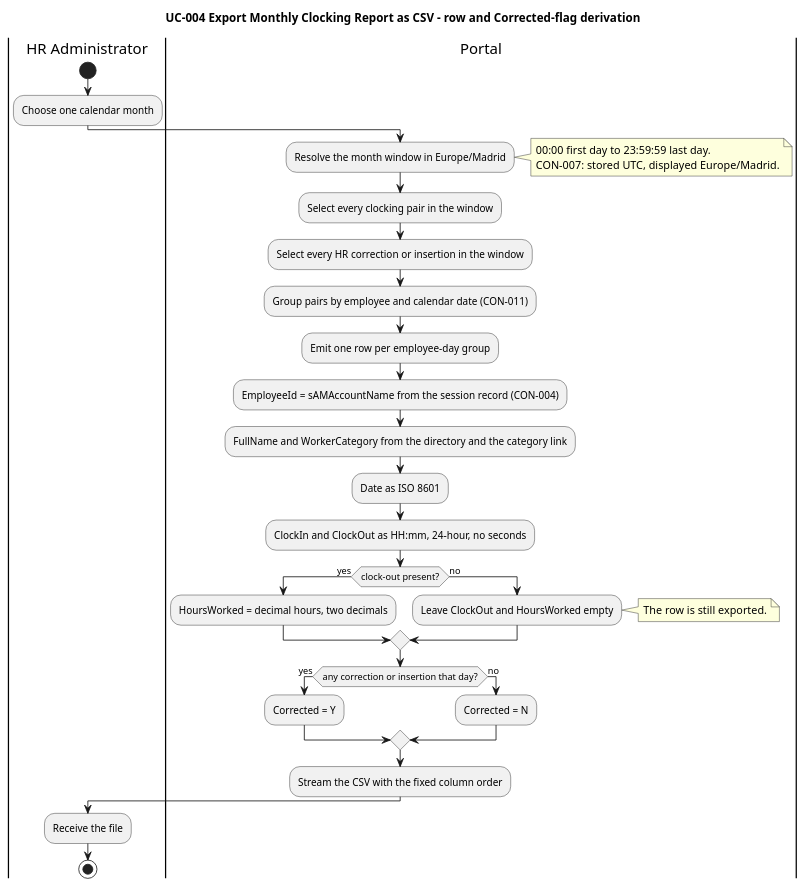
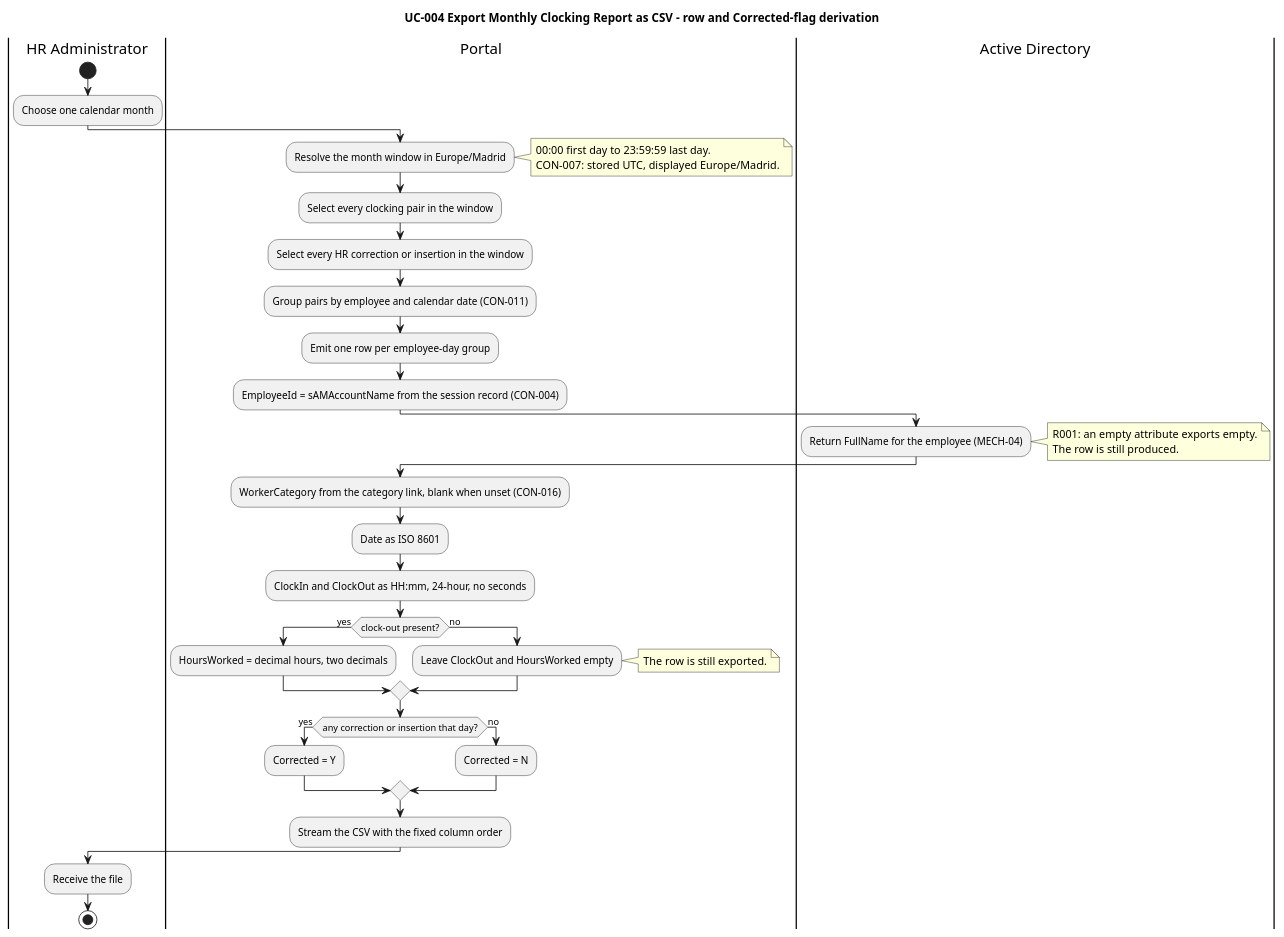
Before and after one commit to banense-test/portal: the fourth of 6 diagrams in docs/artifacts/requirements/use-case-model.md, drawn with PlantUML. The commit also changed other lines of this file, not shown here.

````diff
--- a/docs/artifacts/requirements/use-case-model.md
+++ b/docs/artifacts/requirements/use-case-model.md
@@ -273,45 +373,51 @@
 ```plantuml
 @startuml
 title UC-004 Export Monthly Clocking Report as CSV - row and Corrected-flag derivation
 
 |HR Administrator|
 start
 :Choose one calendar month;
 
 |Portal|
 :Resolve the month window in Europe/Madrid;
 note right
   00:00 first day to 23:59:59 last day.
   CON-007: stored UTC, displayed Europe/Madrid.
 end note
 :Select every clocking pair in the window;
 :Select every HR correction or insertion in the window;
 :Group pairs by employee and calendar date (CON-011);
 :Emit one row per employee-day group;
 :EmployeeId = sAMAccountName from the session record (CON-004);
-:FullName and WorkerCategory from the directory and the category link;
+
+|Active Directory|
+:Return FullName for the employee (MECH-04);
+note right
+  R001: an empty attribute exports empty.
+  The row is still produced.
+end note
+
+|Portal|
+:WorkerCategory from the category link, blank when unset (CON-016);
 :Date as ISO 8601;
 :ClockIn and ClockOut as HH:mm, 24-hour, no seconds;
 
-|Portal|
 if (clock-out present?) then (yes)
   :HoursWorked = decimal hours, two decimals;
 else (no)
   :Leave ClockOut and HoursWorked empty;
   note right: The row is still exported.
 endif
 
-|Portal|
 if (any correction or insertion that day?) then (yes)
   :Corrected = Y;
 else (no)
   :Corrected = N;
 endif
 
-|Portal|
 :Stream the CSV with the fixed column order;
 |HR Administrator|
 :Receive the file;
 stop
 @enduml
 ```
````
